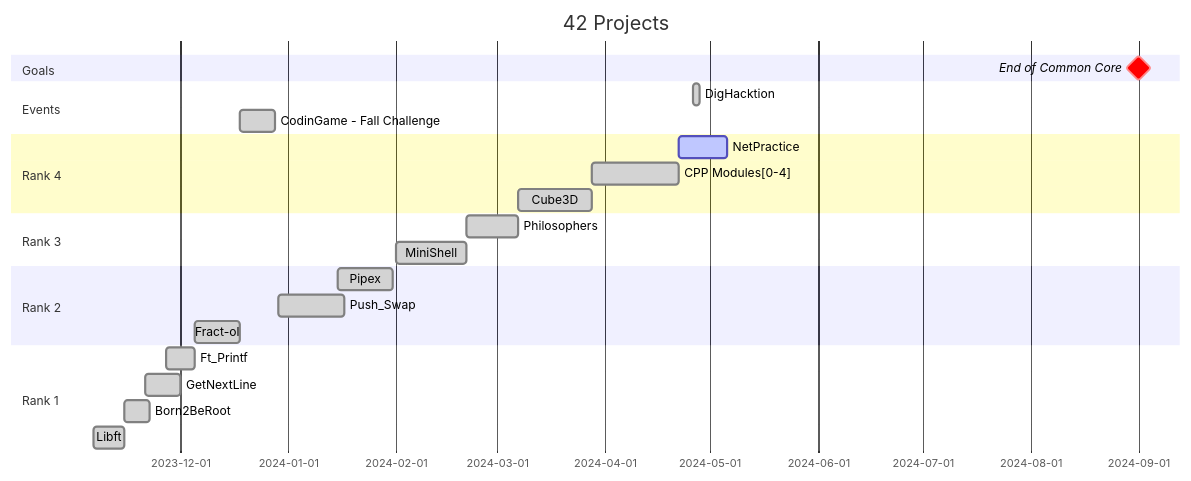
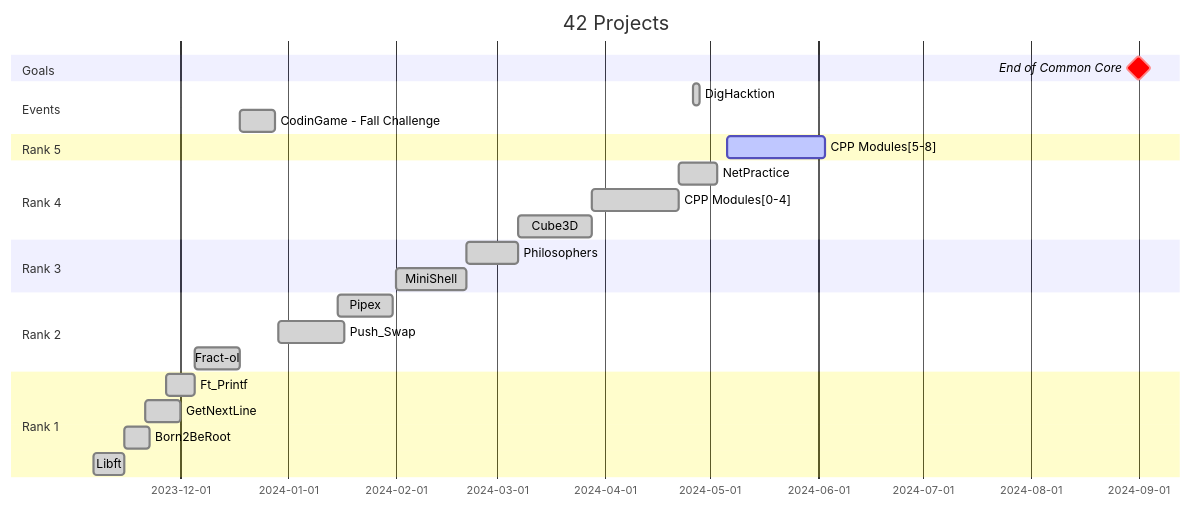
One commit to Tablerase/42_Projects changed the diagram in README.md. Above: the diagram before and after it, drawn with Mermaid. The commit also changed other lines of this file, not shown here.

Commit message:
docs: update gantt diagram with end of netpractice, add objectives for cpp part 2

````diff
--- a/README.md
+++ b/README.md
@@ -63,32 +66,35 @@
 ```mermaid
 gantt
     title 42 Projects
     dateFormat  YYYY-MM-DD
 
     section Goals
     End of Common Core : milestone, crit, m1, 2024-09-01, 1m
 
     section Events
     DigHacktion : done, 2024-04-26, 2024-04-28
     CodinGame - Fall Challenge :done, 2023-12-18, 2023-12-28
 
+    section Rank 5
+    CPP Modules[5-8] : active, 2024-05-06, 4w
+
     section Rank 4
-    NetPractice : active, 2024-04-22, 2w
+    NetPractice : done, 2024-04-22, 2024-05-03
     CPP Modules[0-4] : done, 2024-03-28, 2024-04-22
     Cube3D :done, 2024-03-07, 2024-03-28
   
     section Rank 3
     Philosophers :done, 2024-02-21, 2024-03-07
     MiniShell :done, 2024-02-01, 2024-02-21
 
     section Rank 2
     Pipex :done, 2024-01-15, 2024-01-31
     Push_Swap :done, 2023-12-29, 2024-01-17
     Fract-ol :done, 2023-12-05, 2023-12-18
 
     section Rank 1
     Ft_Printf :done, 2023-11-27, 2023-12-05
     GetNextLine :done, 2023-11-21, 2023-12-01
     Born2BeRoot :done, 2023-11-15, 2023-11-22
     Libft :done, 2023-11-06, 2023-11-15
 ```
````
